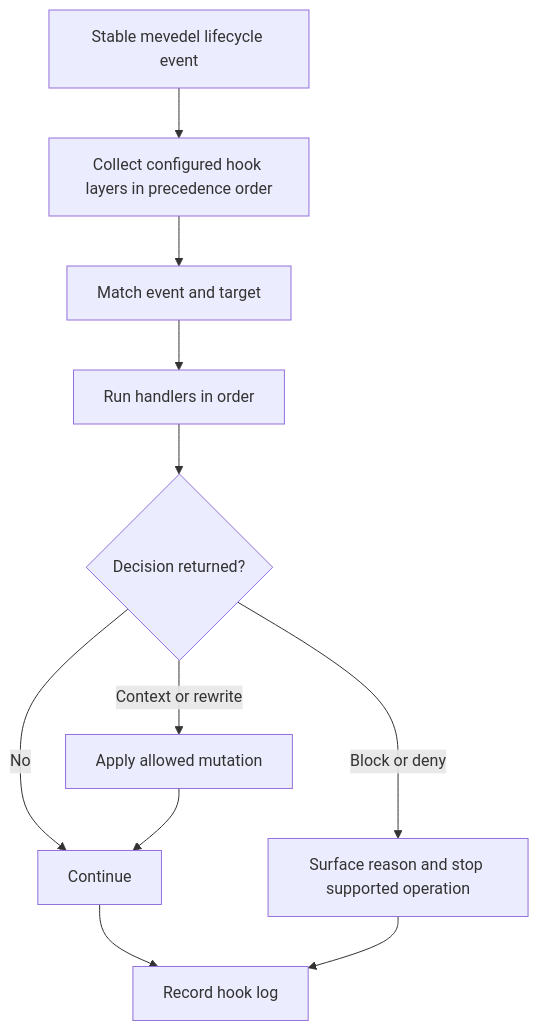
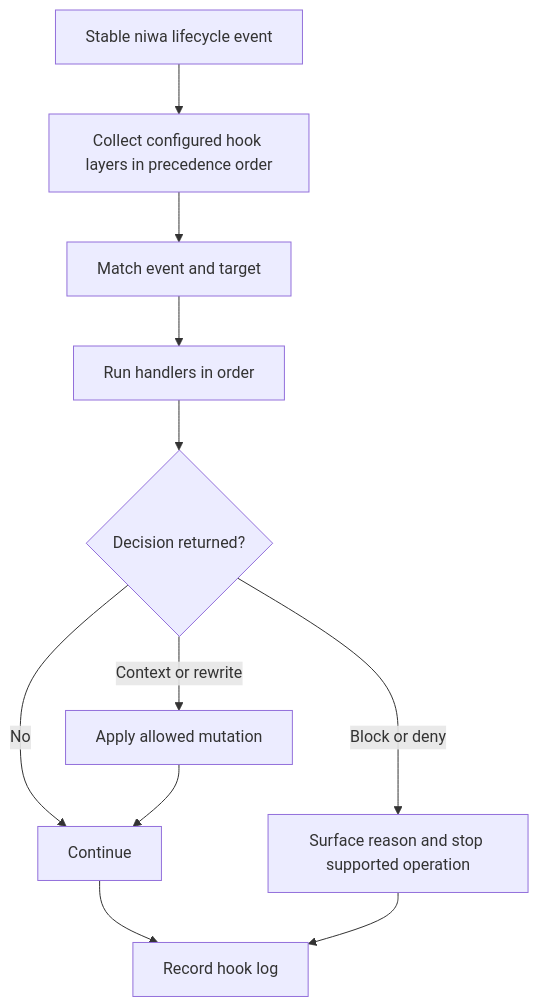
The diagram in docs/hooks.md (FrauH0lle/mevedel), drawn with Mermaid before and after one commit. The commit also changed other lines of this file and 2111 other files, not shown here.

````diff
--- a/docs/hooks.md
+++ b/docs/hooks.md
@@ -11,13 +11,13 @@
 ```mermaid
 flowchart TD
-    A[Stable mevedel lifecycle event] --> B[Collect configured hook layers in precedence order]
+    A[Stable niwa lifecycle event] --> B[Collect configured hook layers in precedence order]
     B --> C[Match event and target]
     C --> D[Run handlers in order]
     D --> E{Decision returned?}
     E -- No --> F[Continue]
     E -- Block or deny --> G[Surface reason and stop supported operation]
     E -- Context or rewrite --> H[Apply allowed mutation]
     H --> F
     F --> I[Record hook log]
     G --> I
 ```
````
